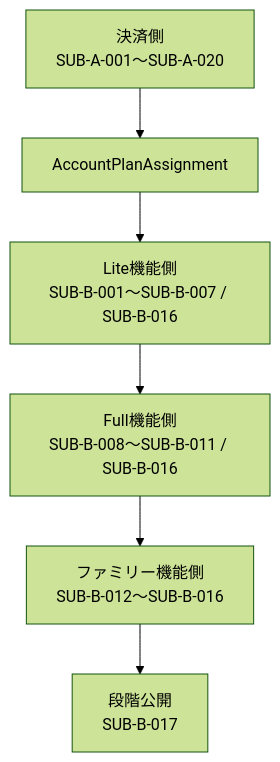
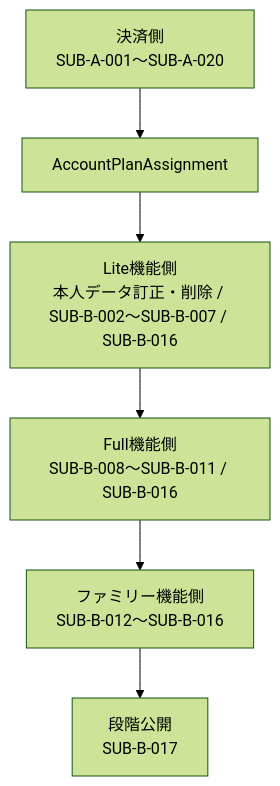
The third of 3 diagrams in docs/development/subscription-remaining-tasks.md (kkyosuke/me-builder), drawn with Mermaid (forest theme) before and after one commit. The commit also changed other lines of this file and 29 other files, not shown here.

````diff
--- a/docs/development/subscription-remaining-tasks.md
+++ b/docs/development/subscription-remaining-tasks.md
@@ -99,8 +99,8 @@
 ```mermaid
 flowchart TD
     A[決済側<br/>SUB-A-001〜SUB-A-020] --> I[AccountPlanAssignment]
-    I --> L[Lite機能側<br/>SUB-B-001〜SUB-B-007 / SUB-B-016]
+    I --> L[Lite機能側<br/>本人データ訂正・削除 / SUB-B-002〜SUB-B-007 / SUB-B-016]
     L --> U[Full機能側<br/>SUB-B-008〜SUB-B-011 / SUB-B-016]
     U --> F[ファミリー機能側<br/>SUB-B-012〜SUB-B-016]
     F --> R[段階公開<br/>SUB-B-017]
 ```
````
